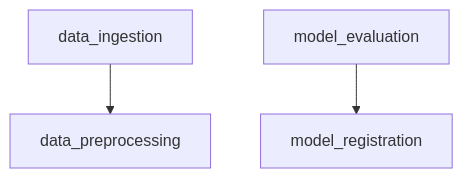
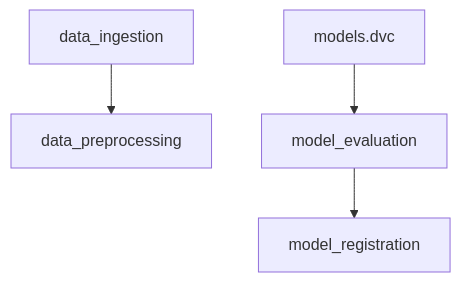
One commit to 7276225595/YT-Capstone-Project changed the diagram in .dvc/tmp/dag.md. Above: the diagram before and after it, drawn with Mermaid. The commit also changed 6 other files, not shown here.

````diff
--- a/.dvc/tmp/dag.md
+++ b/.dvc/tmp/dag.md
@@ -1,9 +1,11 @@
 ```mermaid
 flowchart TD
 	node1["data_ingestion"]
 	node2["data_preprocessing"]
 	node1-->node2
 	node3["model_evaluation"]
 	node4["model_registration"]
+	node5["models.dvc"]
 	node3-->node4
+	node5-->node3
 ```
````
